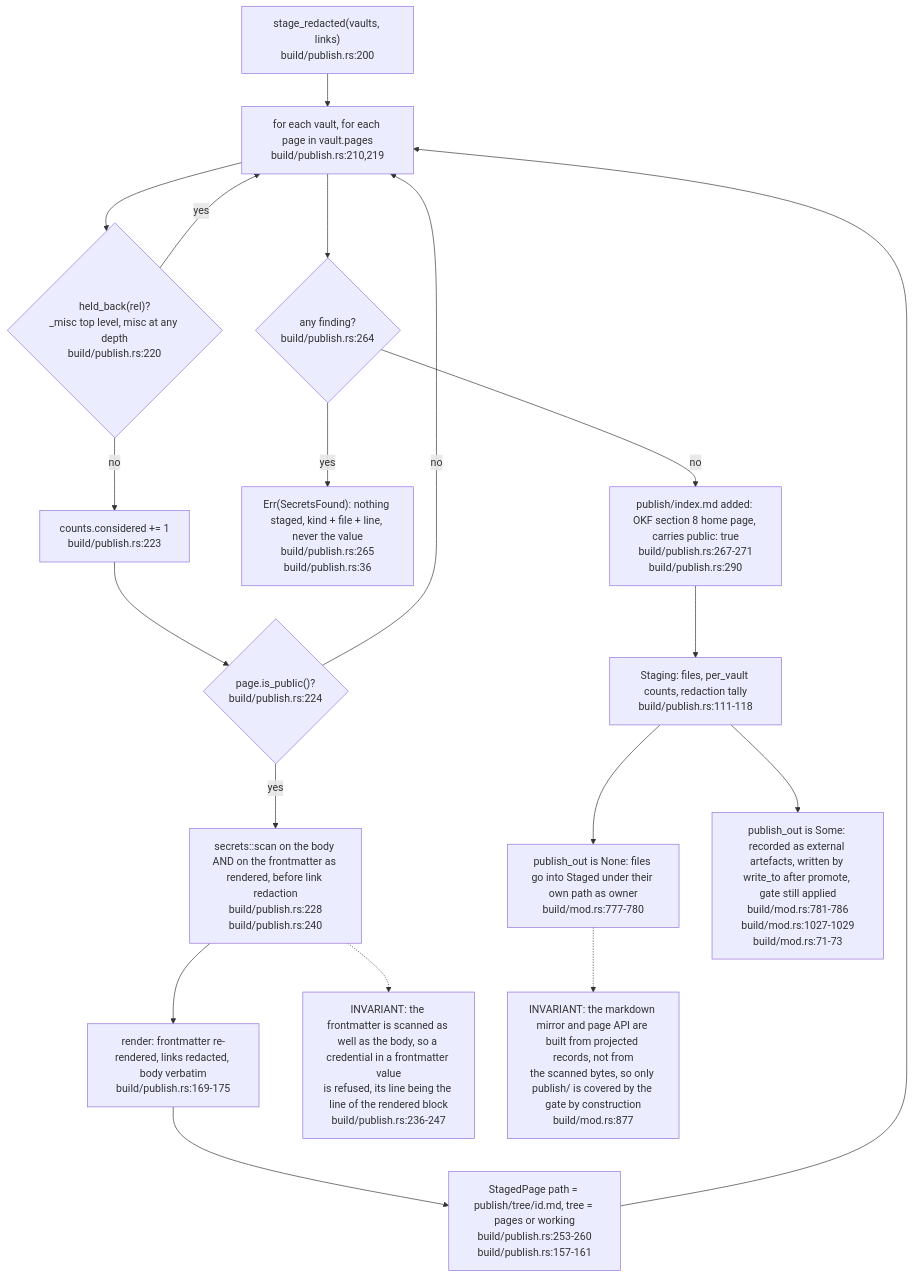
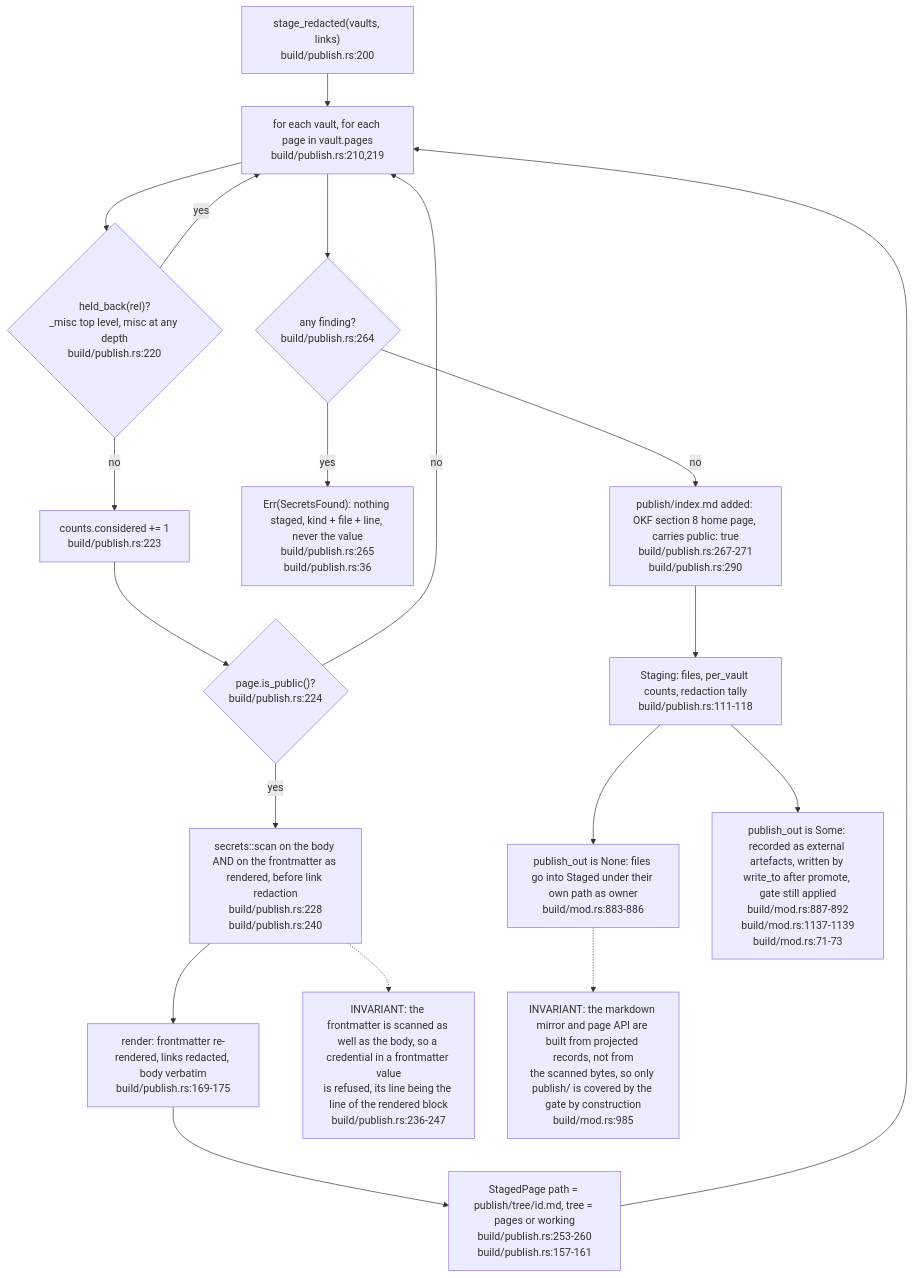
One commit to DreamLab-AI/VisionFlow changed the fourth of 8 diagrams in docs/diagrams/ontomark/03-build-run-gates-staging-and-generation.md. Above: the diagram before and after it, drawn with Mermaid. The commit also changed other lines of this file and 59 other files, not shown here.

First line of the commit message:
docs(diagrams): re-derive and re-stamp forum, website, pod, ontomark and sealmap topics

````diff
--- a/docs/diagrams/ontomark/03-build-run-gates-staging-and-generation.md
+++ b/docs/diagrams/ontomark/03-build-run-gates-staging-and-generation.md
@@ -153,31 +153,31 @@
 ```mermaid
 flowchart TD
     IN["stage_redacted(vaults, links)<br/>build/publish.rs:200"]
     LOOP["for each vault, for each page in vault.pages<br/>build/publish.rs:210,219"]
     HB{"held_back(rel)?<br/>_misc top level, misc at any depth<br/>build/publish.rs:220"}
     CONS["counts.considered += 1<br/>build/publish.rs:223"]
     PUBQ{"page.is_public()?<br/>build/publish.rs:224"}
     SCAN["secrets::scan on the body AND on the frontmatter as rendered, before link redaction<br/>build/publish.rs:228<br/>build/publish.rs:240"]
     REND["render: frontmatter re-rendered, links redacted, body verbatim<br/>build/publish.rs:169-175"]
     PUSH["StagedPage path = publish/tree/id.md, tree = pages or working<br/>build/publish.rs:253-260<br/>build/publish.rs:157-161"]
     FIND{"any finding?<br/>build/publish.rs:264"}
     ERR["Err(SecretsFound): nothing staged, kind + file + line, never the value<br/>build/publish.rs:265<br/>build/publish.rs:36"]
     IDX["publish/index.md added: OKF section 8 home page, carries public: true<br/>build/publish.rs:267-271<br/>build/publish.rs:290"]
     RET["Staging: files, per_vault counts, redaction tally<br/>build/publish.rs:111-118"]
-    BUN["publish_out is None: files go into Staged under their own path as owner<br/>build/mod.rs:777-780"]
-    SEP["publish_out is Some: recorded as external artefacts, written by write_to after promote, gate still applied<br/>build/mod.rs:781-786<br/>build/mod.rs:1027-1029<br/>build/mod.rs:71-73"]
+    BUN["publish_out is None: files go into Staged under their own path as owner<br/>build/mod.rs:883-886"]
+    SEP["publish_out is Some: recorded as external artefacts, written by write_to after promote, gate still applied<br/>build/mod.rs:887-892<br/>build/mod.rs:1137-1139<br/>build/mod.rs:71-73"]
     N1["INVARIANT: the frontmatter is scanned as well as the body, so a credential in a frontmatter value<br/>is refused, its line being the line of the rendered block<br/>build/publish.rs:236-247"]
-    N2["INVARIANT: the markdown mirror and page API are built from projected records, not from<br/>the scanned bytes, so only publish/ is covered by the gate by construction<br/>build/mod.rs:877"]
+    N2["INVARIANT: the markdown mirror and page API are built from projected records, not from<br/>the scanned bytes, so only publish/ is covered by the gate by construction<br/>build/mod.rs:985"]
     IN --> LOOP --> HB
     HB -- yes --> LOOP
     HB -- no --> CONS --> PUBQ
     PUBQ -- no --> LOOP
     PUBQ -- yes --> SCAN --> REND --> PUSH --> LOOP
     LOOP --> FIND
     FIND -- yes --> ERR
     FIND -- no --> IDX --> RET
     RET --> BUN
     RET --> SEP
     SCAN -.-> N1
     BUN -.-> N2
 ```
````
